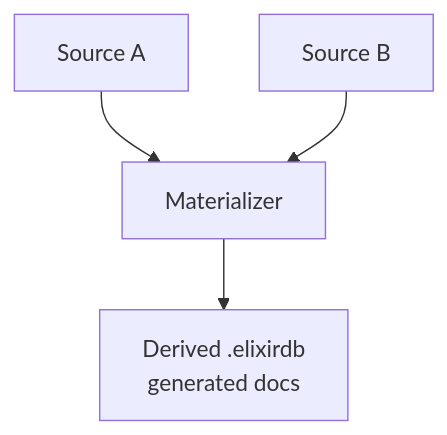
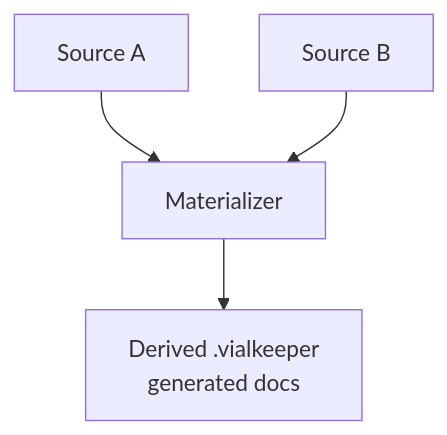
Before and after one commit to jmarceno/vialkeeper: the second of 2 diagrams in README.md, drawn with Mermaid. The commit also changed other lines of this file and 1012 other files, not shown here.

````diff
--- a/README.md
+++ b/README.md
@@ -547,6 +547,6 @@
 ```mermaid
 flowchart TB
   S1[Source A] --> M[Materializer]
   S2[Source B] --> M
-  M --> D["Derived .elixirdb<br/>generated docs"]
+  M --> D["Derived .vialkeeper<br/>generated docs"]
 ```
````
